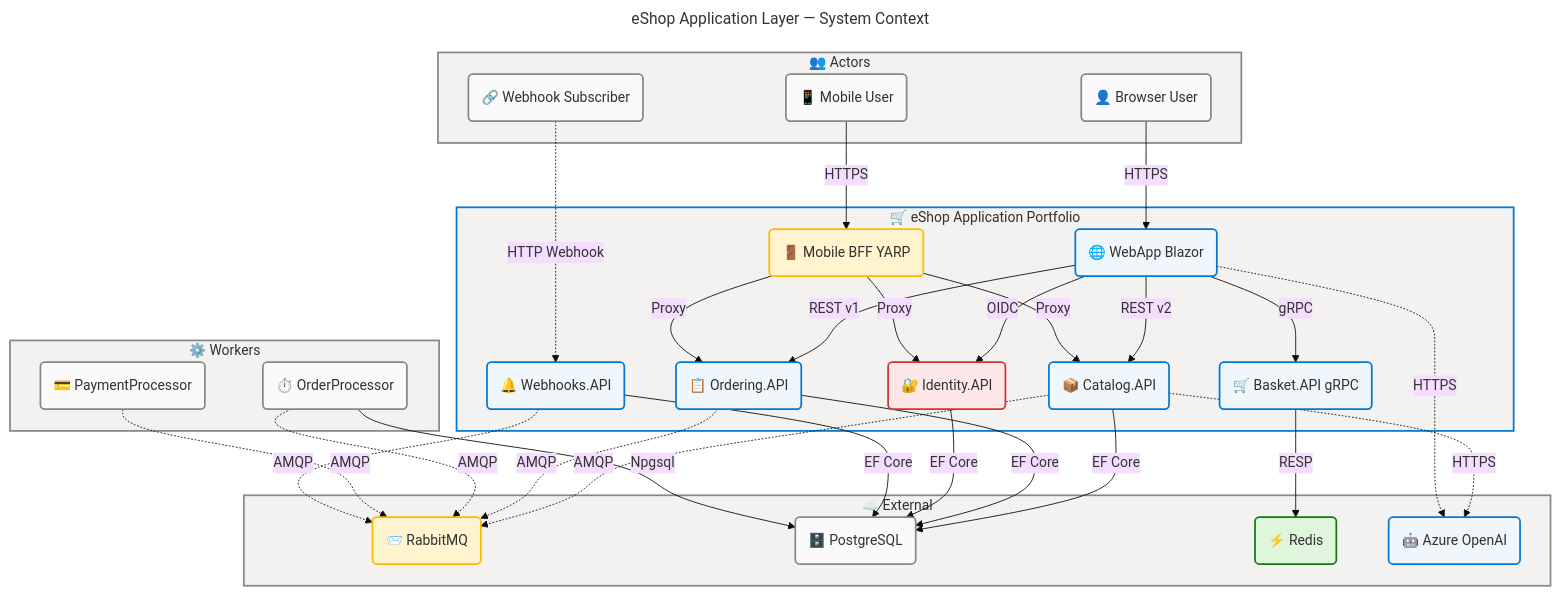
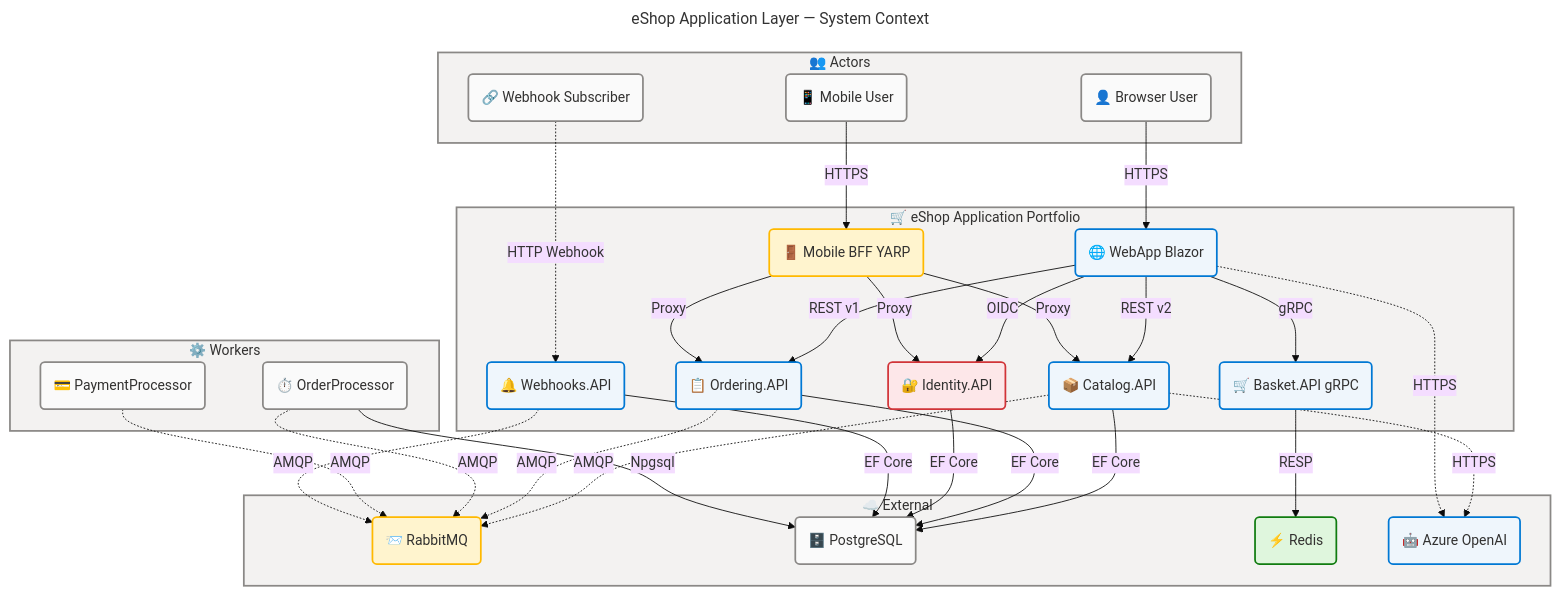
The first of 7 diagrams in docs/architecture/application-architecture.md (Evilazaro/eShop), drawn with Mermaid before and after one commit. The commit also changed other lines of this file, not shown here.

Commit message:
refactor: update flowchart governance comments and styling for consistency and accessibility

````diff
--- a/docs/architecture/application-architecture.md
+++ b/docs/architecture/application-architecture.md
@@ -269,8 +269,16 @@
     accTitle: eShop Application Layer System Context
     accDescr: Shows all actors and external systems interacting with the eShop application portfolio
 
+    %% ═══════════════════════════════════════════════════════════════════════════
     %% AZURE / FLUENT ARCHITECTURE PATTERN v2.0
-    %% PHASE 1-5: Fluent UI palette, semantic subgraph styles, classDefs, accessibility, governance
+    %% (Semantic + Structural + Font + Accessibility Governance)
+    %% ═══════════════════════════════════════════════════════════════════════════
+    %% PHASE 1 - FLUENT UI: All styling uses approved Fluent UI palette only
+    %% PHASE 2 - GROUPS: Every subgraph has semantic color via style directive
+    %% PHASE 3 - COMPONENTS: Every node has semantic classDef + icon prefix
+    %% PHASE 4 - ACCESSIBILITY: accTitle/accDescr present, WCAG AA contrast
+    %% PHASE 5 - STANDARD: Governance block present, classDefs centralized
+    %% ═══════════════════════════════════════════════════════════════════════════
 
     subgraph actors["👥 Actors"]
         browserUser("👤 Browser User"):::neutral
@@ -331,7 +339,7 @@
     classDef danger fill:#FDE7E9,stroke:#D13438,stroke-width:2px,color:#323130
 
     style actors fill:#F3F2F1,stroke:#8A8886,stroke-width:2px,color:#323130
-    style eshopSystem fill:#F3F2F1,stroke:#0078D4,stroke-width:2px,color:#323130
+    style eshopSystem fill:#F3F2F1,stroke:#8A8886,stroke-width:2px,color:#323130
     style workers fill:#F3F2F1,stroke:#8A8886,stroke-width:2px,color:#323130
     style external fill:#F3F2F1,stroke:#8A8886,stroke-width:2px,color:#323130
 ```
````
